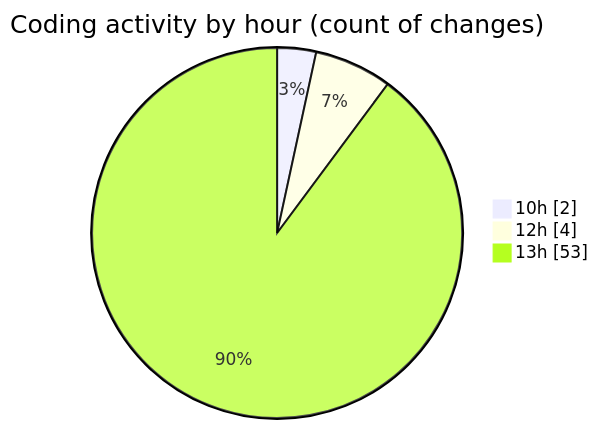
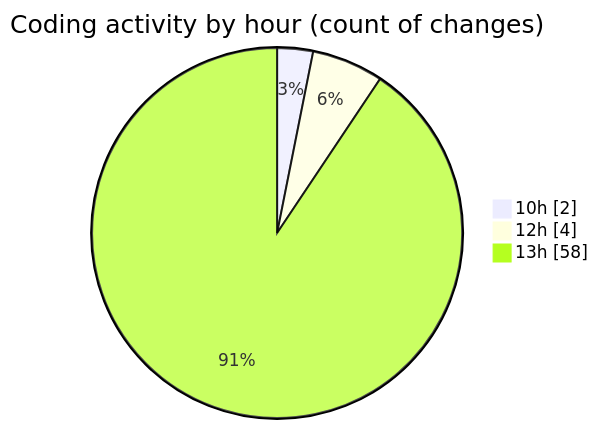
The second of 2 diagrams in 2026-04-30/cda/README.md (momahboobian/code-tracking), drawn with Mermaid before and after one commit. The commit also changed other lines of this file and 1 other file, not shown here.

````diff
--- a/2026-04-30/cda/README.md
+++ b/2026-04-30/cda/README.md
@@ -66,7 +66,7 @@
 ```mermaid
 pie showData
 title Coding activity by hour (count of changes)
 "10h" : 2
 "12h" : 4
-"13h" : 53
+"13h" : 58
 ```
````
